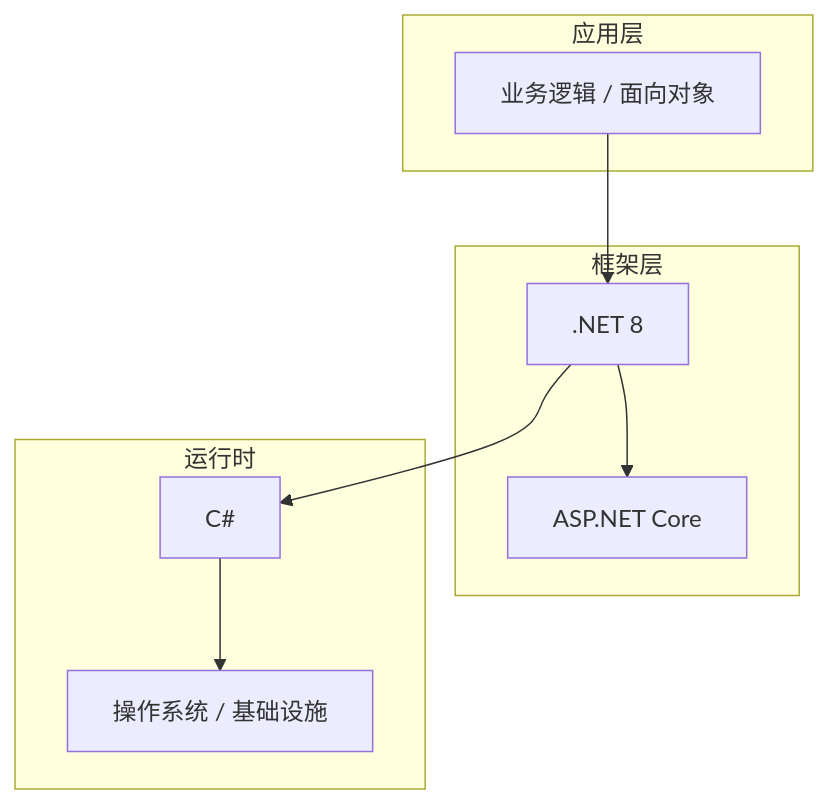
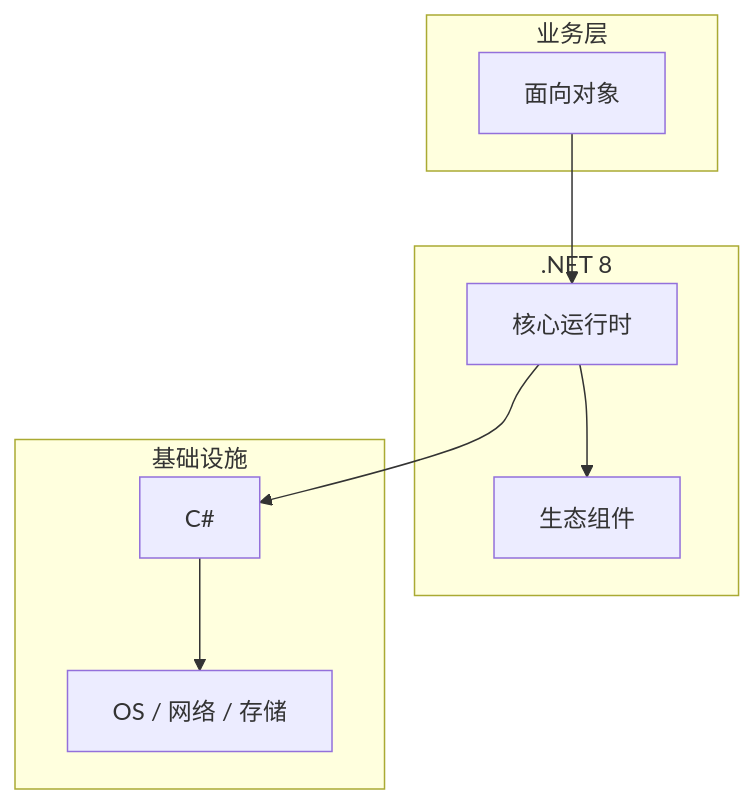
The diagram in articles/C#/chapters/015-面向对象核心概念与原理.md (yanggan2015/knowledge-json-v2), drawn with Mermaid before and after one commit. The commit also changed other lines of this file and 10127 other files, not shown here.

````diff
--- a/articles/C#/chapters/015-面向对象核心概念与原理.md
+++ b/articles/C#/chapters/015-面向对象核心概念与原理.md
@@ -45,18 +34,18 @@
 ```mermaid
 graph TB
-    subgraph 应用层
-        A[业务逻辑 / 面向对象]
+    subgraph 业务层
+        A[面向对象]
     end
-    subgraph 框架层
-        B[.NET 8]
-        C[ASP.NET Core]
+    subgraph .NET 8
+        B[核心运行时]
+        C[生态组件]
     end
-    subgraph 运行时
+    subgraph 基础设施
         D[C#]
-        E[操作系统 / 基础设施]
+        E[OS / 网络 / 存储]
     end
     A --> B
     B --> C
     B --> D
     D --> E
 ```
````
